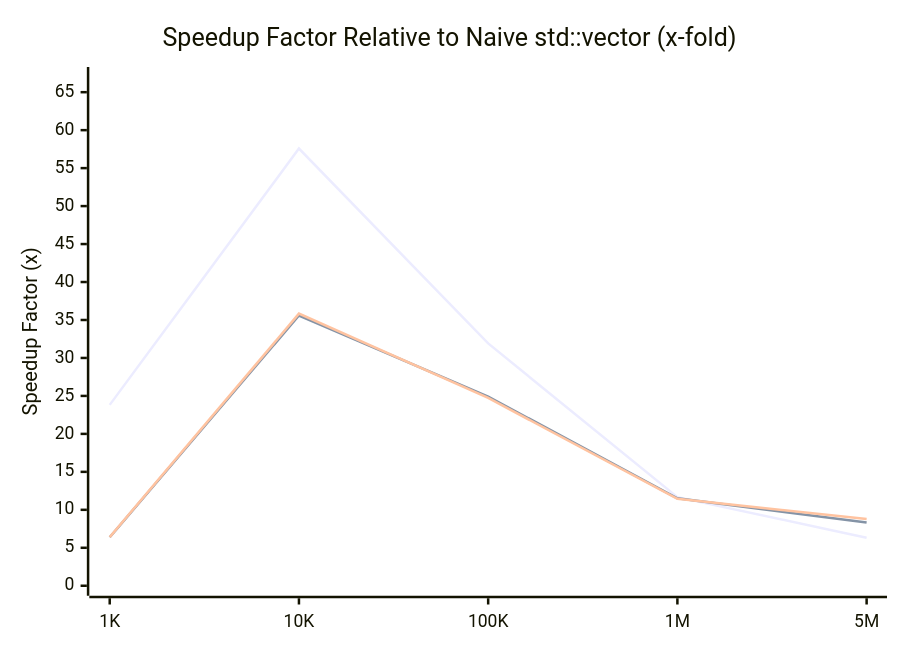
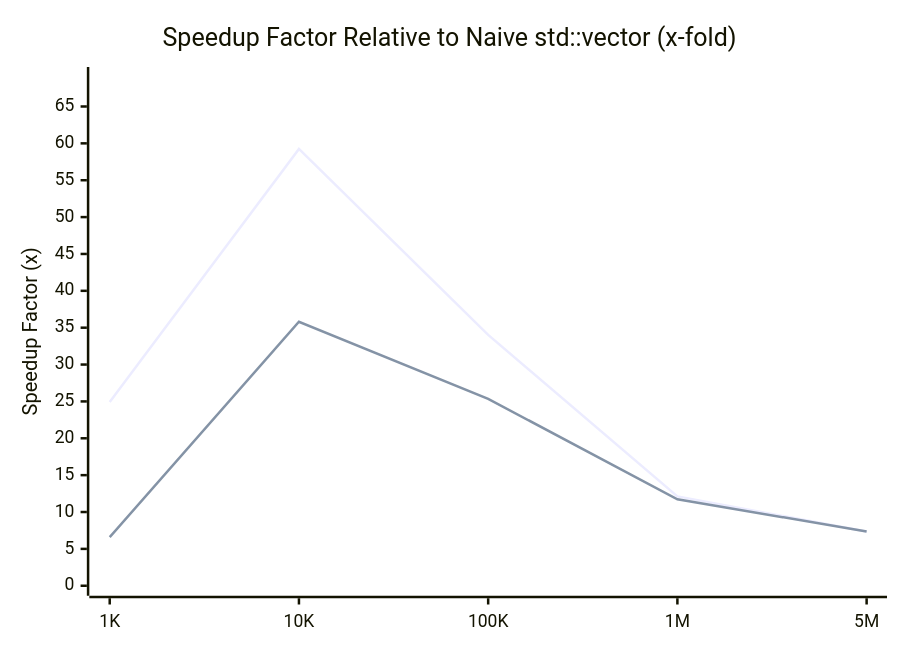
Before and after one commit to maithreyanprabhu2907-prog/Vector: the second of 2 diagrams in docs/benchmarks.md, drawn with Mermaid. The commit also changed other lines of this file and 9 other files, not shown here.

````diff
--- a/docs/benchmarks.md
+++ b/docs/benchmarks.md
@@ -72,9 +70,8 @@
 ```mermaid
 xychart-beta
     title "Speedup Factor Relative to Naive std::vector (x-fold)"
     x-axis ["1K", "10K", "100K", "1M", "5M"]
-    y-axis "Speedup Factor (x)" 0 --> 67
-    line [23.82, 57.58, 31.91, 11.67, 6.32]
-    line [6.38, 35.59, 24.91, 11.51, 8.33]
-    line [6.41, 35.84, 24.73, 11.45, 8.80]
+    y-axis "Speedup Factor (x)" 0 --> 69
+    line [24.92, 59.24, 34.03, 12.12, 7.36]
+    line [6.59, 35.80, 25.35, 11.73, 7.36]
 ```
````
